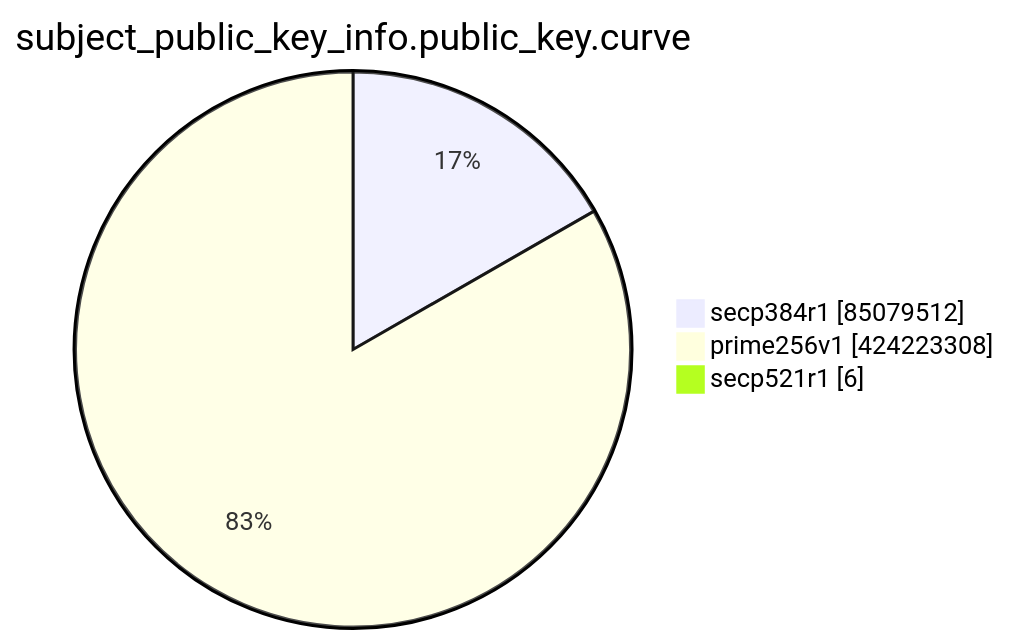
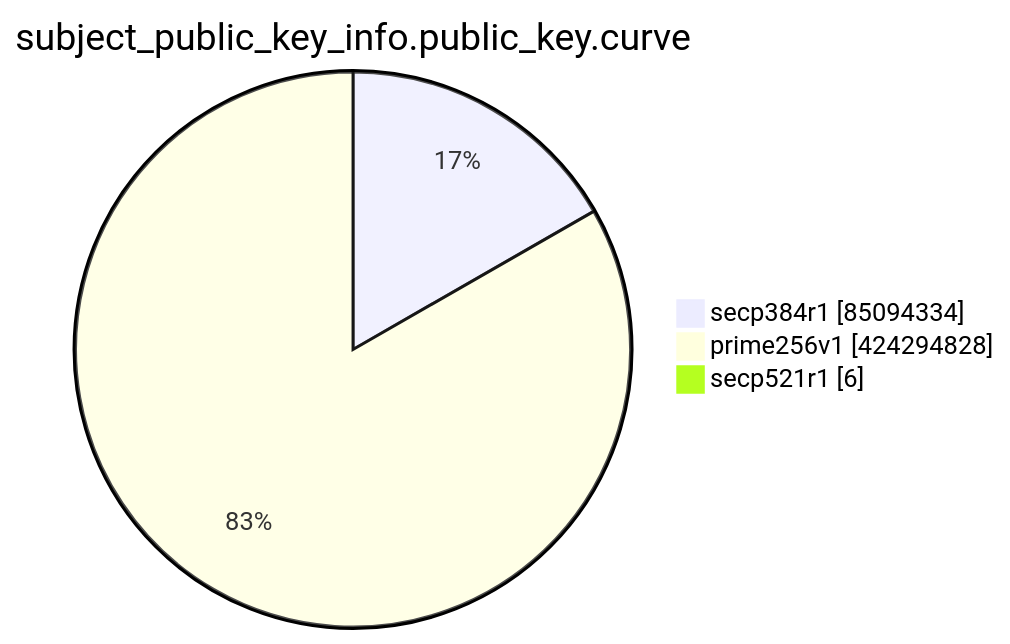
One commit to christiankrug/ctmonitor_visualization changed the eighth of 15 diagrams in TOTAL/README.md. Above: the diagram before and after it, drawn with Mermaid. The commit also changed other lines of this file, not shown here.

````diff
--- a/TOTAL/README.md
+++ b/TOTAL/README.md
@@ -3100,7 +3100,7 @@
 ```mermaid
 pie showData
 title subject_public_key_info.public_key.curve
-"secp384r1" :85079512
-"prime256v1" :424223308
+"secp384r1" :85094334
+"prime256v1" :424294828
 "secp521r1" :6
 ```
````
